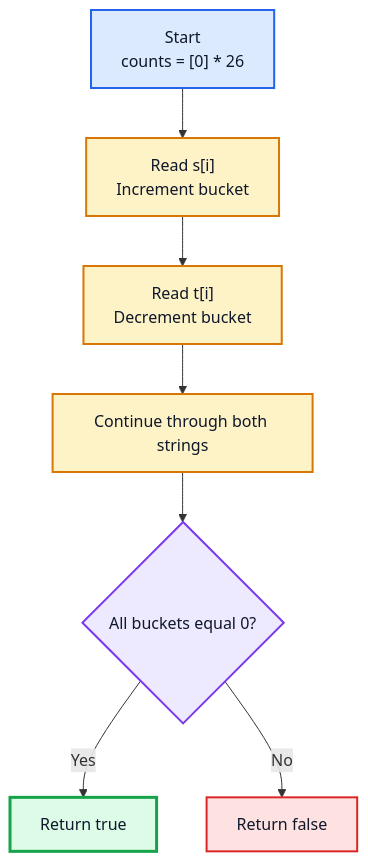
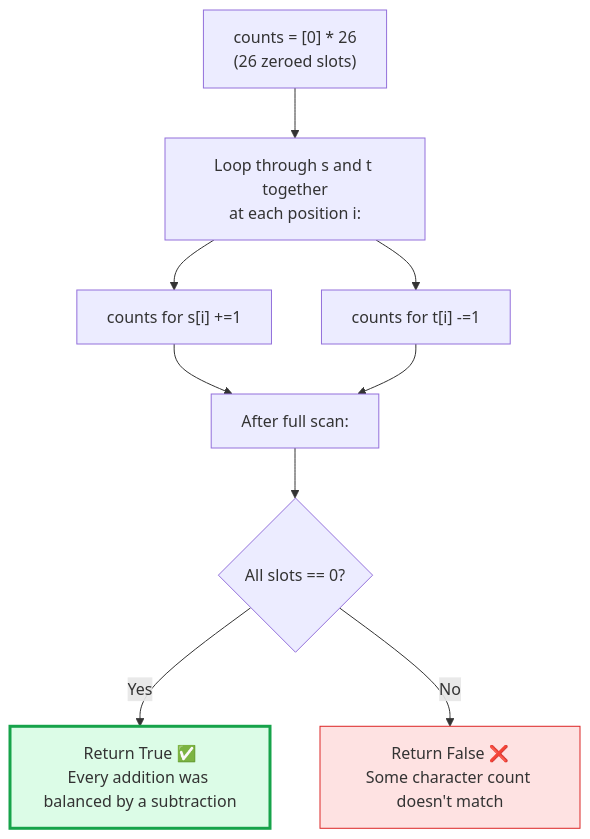
One commit to M-F-Tushar/LeetCode-Problem-Solving changed the ninth of 15 diagrams in 03 - Valid Anagram/README.md. Above: the diagram before and after it, drawn with Mermaid. The commit also changed other lines of this file, not shown here.

````diff
--- a/03 - Valid Anagram/README.md
+++ b/03 - Valid Anagram/README.md
@@ -327,22 +274,14 @@
 ```mermaid
 flowchart TD
-    A["Start<br/>counts = [0] * 26"] --> B["Read s[i]<br/>Increment bucket"]
-    B --> C["Read t[i]<br/>Decrement bucket"]
-    C --> D["Continue through both strings"]
-    D --> E{"All buckets equal 0?"}
+    A["counts = [0] * 26\n(26 zeroed slots)"] --> B["Loop through s and t together\nat each position i:"]
+    B --> C["counts for s[i]  +=1"]
+    B --> D["counts for t[i]  -=1"]
+    C --> E["After full scan:"]
+    D --> E
+    E --> F{"All slots == 0?"}
+    F -- Yes --> G["Return True ✅\nEvery addition was balanced by a subtraction"]
+    F -- No  --> H["Return False ❌\nSome character count doesn't match"]
 
-    E -->|"Yes"| F["Return true"]
-    E -->|"No"| G["Return false"]
-
-    classDef setup fill:#dbeafe,stroke:#2563eb,stroke-width:2px,color:#0f172a;
-    classDef process fill:#fef3c7,stroke:#d97706,stroke-width:2px,color:#0f172a;
-    classDef decision fill:#ede9fe,stroke:#7c3aed,stroke-width:2px,color:#0f172a;
-    classDef success fill:#dcfce7,stroke:#16a34a,stroke-width:3px,color:#0f172a;
-    classDef fail fill:#fee2e2,stroke:#dc2626,stroke-width:2px,color:#0f172a;
-
-    class A setup;
-    class B,C,D process;
-    class E decision;
-    class F success;
-    class G fail;
+    style G fill:#dcfce7,stroke:#16a34a,stroke-width:3px
+    style H fill:#fee2e2,stroke:#dc2626
 ```
````
